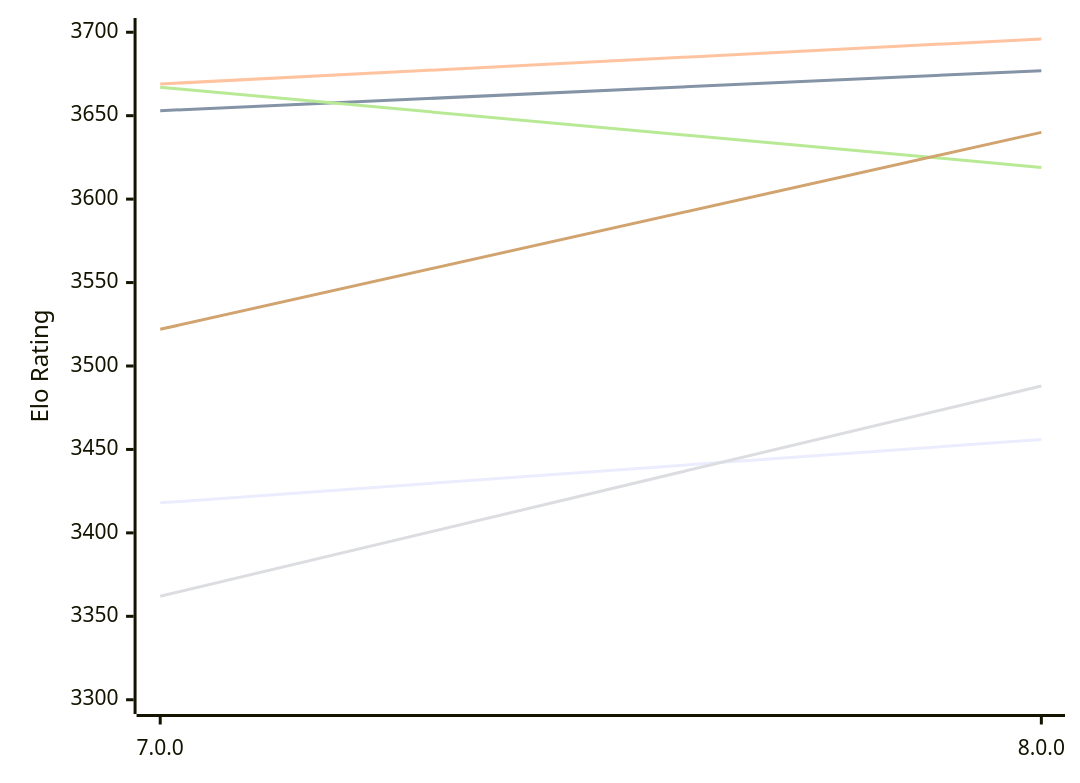
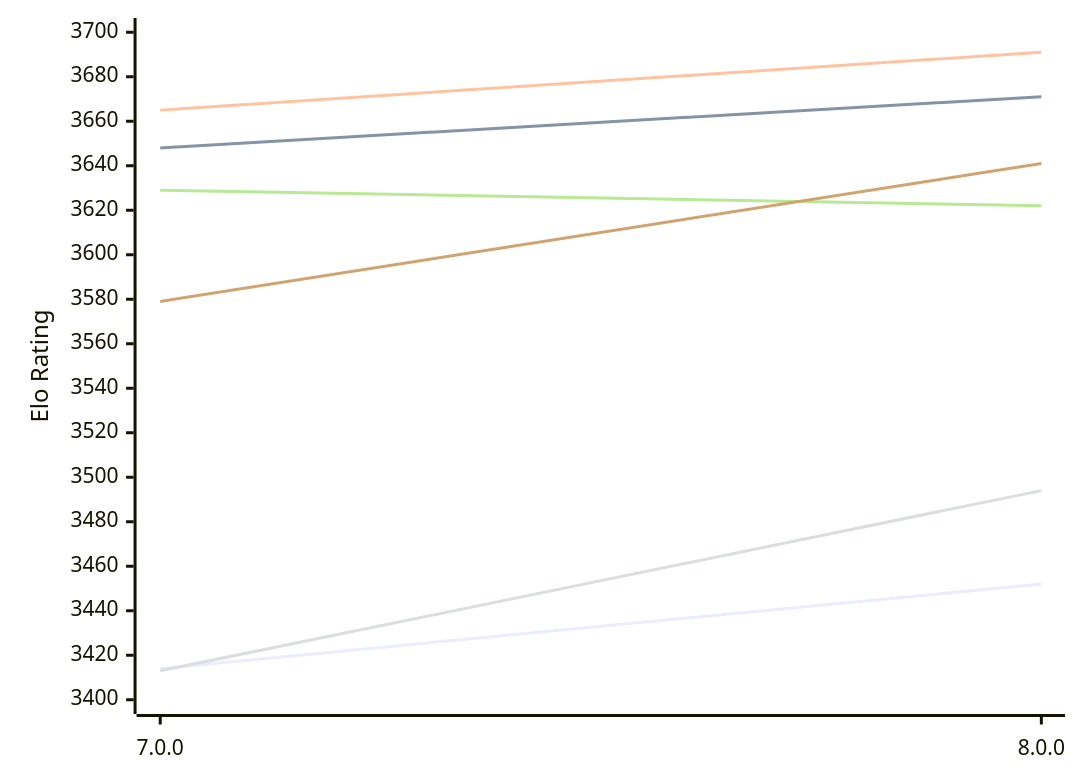
The first of 2 diagrams in engines/PlentyChess.md (computer-chess-index/cci), drawn with Mermaid before and after one commit. The commit also changed other lines of this file, not shown here.

Commit message:
Update CCI Ratings (ELO VLTC) - 2026-11-21

````diff
--- a/engines/PlentyChess.md
+++ b/engines/PlentyChess.md
@@ -55,12 +55,12 @@
 ```mermaid
 %%{init: {"theme":"base","themeVariables":{"seriesColors:['#a3a3a3','#222221','#faa371']}}}%%
 xychart-beta
   x-axis ["7.0.0", "8.0.0"]
-  y-axis "Elo Rating" 3300 --> 3700
-  line "E1: STC (8.0+0.08s)" [3418, 3456]
-  line "E1: LTC (60.0+0.60s)" [3653, 3677]
-  line "E1: VLTC (2m24s+1.12s)" [3669, 3696]
-  line "P1: STC (8.0+0.08s)" [3362, 3488]
-  line "P1: LTC (60.0+0.60s)" [3667, 3619]
-  line "P1: VLTC (2m24s+1.12s)" [3522, 3640]
+  y-axis "Elo Rating" 3400 --> 3700
+  line "E1: STC (8.0+0.08s)" [3414, 3452]
+  line "E1: LTC (60.0+0.60s)" [3648, 3671]
+  line "E1: VLTC (2m24s+1.12s)" [3665, 3691]
+  line "P1: STC (8.0+0.08s)" [3413, 3494]
+  line "P1: LTC (60.0+0.60s)" [3629, 3622]
+  line "P1: VLTC (2m24s+1.12s)" [3579, 3641]
 ```
````
